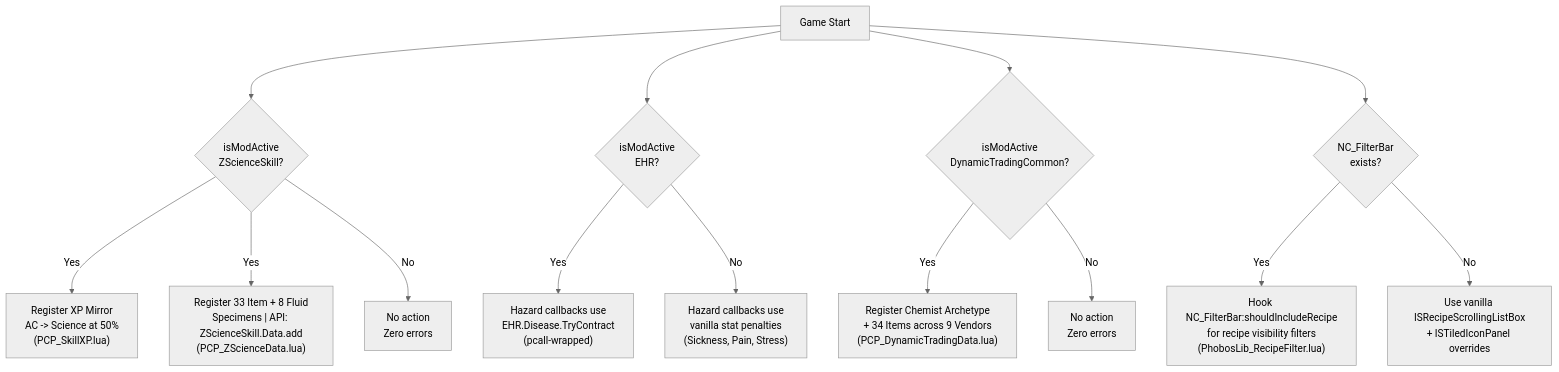
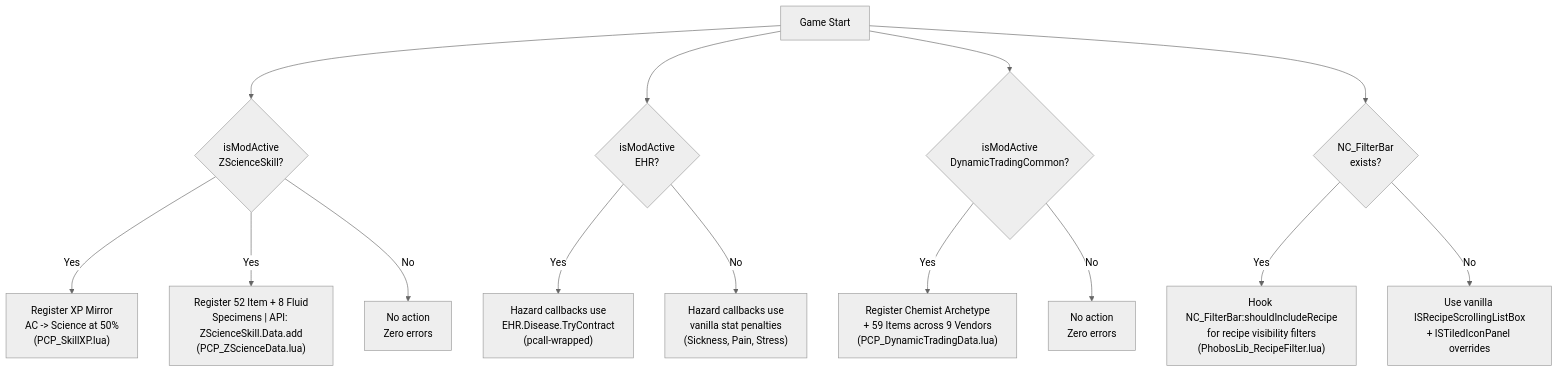
The diagram in docs/mermaid-src/crossmod-integration.mmd (phobos-dthorga/mod-pz-chemistry-pathways), drawn with Mermaid (neutral theme) before and after one commit. The commit also changed 23 other files, not shown here.

First line of the commit message:
docs: update all documentation and diagrams for v1.2.0 release

```diff
--- a/docs/mermaid-src/crossmod-integration.mmd
+++ b/docs/mermaid-src/crossmod-integration.mmd
@@ -1,19 +1,19 @@
 graph TB
     START["Game Start"] --> CHECK_ZSS{"isModActive<br/>ZScienceSkill?"}
     START --> CHECK_EHR{"isModActive<br/>EHR?"}
 
     CHECK_ZSS -->|"Yes"| ZSS_INIT["Register XP Mirror<br/>AC -> Science at 50%<br/>(PCP_SkillXP.lua)"]
-    CHECK_ZSS -->|"Yes"| ZSS_DATA["Register 33 Item + 8 Fluid<br/>Specimens | API: ZScienceSkill.Data.add<br/>(PCP_ZScienceData.lua)"]
+    CHECK_ZSS -->|"Yes"| ZSS_DATA["Register 52 Item + 8 Fluid<br/>Specimens | API: ZScienceSkill.Data.add<br/>(PCP_ZScienceData.lua)"]
     CHECK_ZSS -->|"No"| ZSS_SKIP["No action<br/>Zero errors"]
 
     CHECK_EHR -->|"Yes"| EHR_INIT["Hazard callbacks use<br/>EHR.Disease.TryContract<br/>(pcall-wrapped)"]
     CHECK_EHR -->|"No"| EHR_SKIP["Hazard callbacks use<br/>vanilla stat penalties<br/>(Sickness, Pain, Stress)"]
 
     START --> CHECK_DT{"isModActive<br/>DynamicTradingCommon?"}
     START --> CHECK_NC{"NC_FilterBar<br/>exists?"}
 
-    CHECK_DT -->|"Yes"| DT_INIT["Register Chemist Archetype<br/>+ 34 Items across 9 Vendors<br/>(PCP_DynamicTradingData.lua)"]
+    CHECK_DT -->|"Yes"| DT_INIT["Register Chemist Archetype<br/>+ 59 Items across 9 Vendors<br/>(PCP_DynamicTradingData.lua)"]
     CHECK_DT -->|"No"| DT_SKIP["No action<br/>Zero errors"]
 
     CHECK_NC -->|"Yes"| NC_INIT["Hook NC_FilterBar:shouldIncludeRecipe<br/>for recipe visibility filters<br/>(PhobosLib_RecipeFilter.lua)"]
     CHECK_NC -->|"No"| NC_SKIP["Use vanilla ISRecipeScrollingListBox<br/>+ ISTiledIconPanel overrides"]
```
